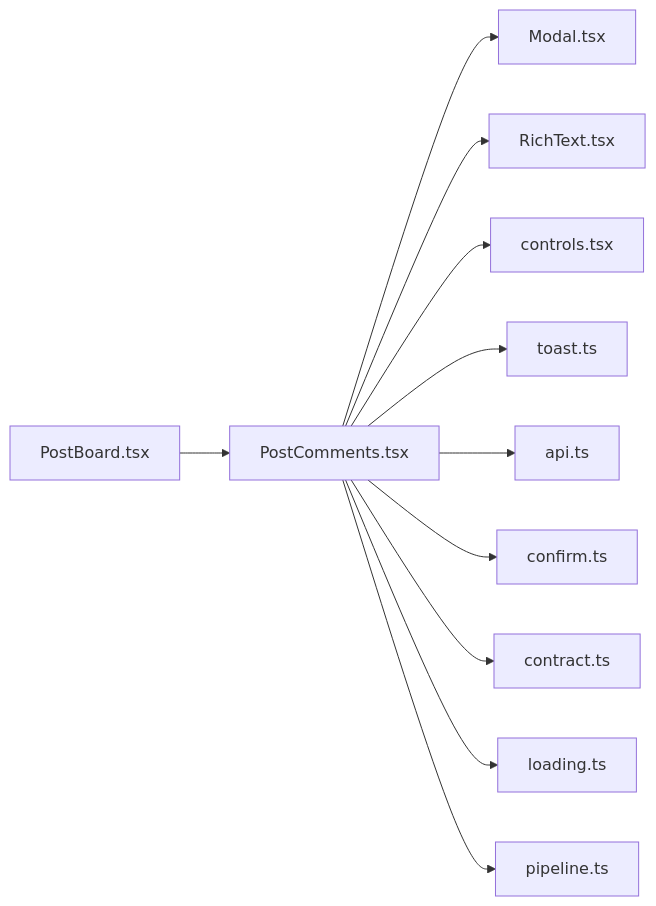
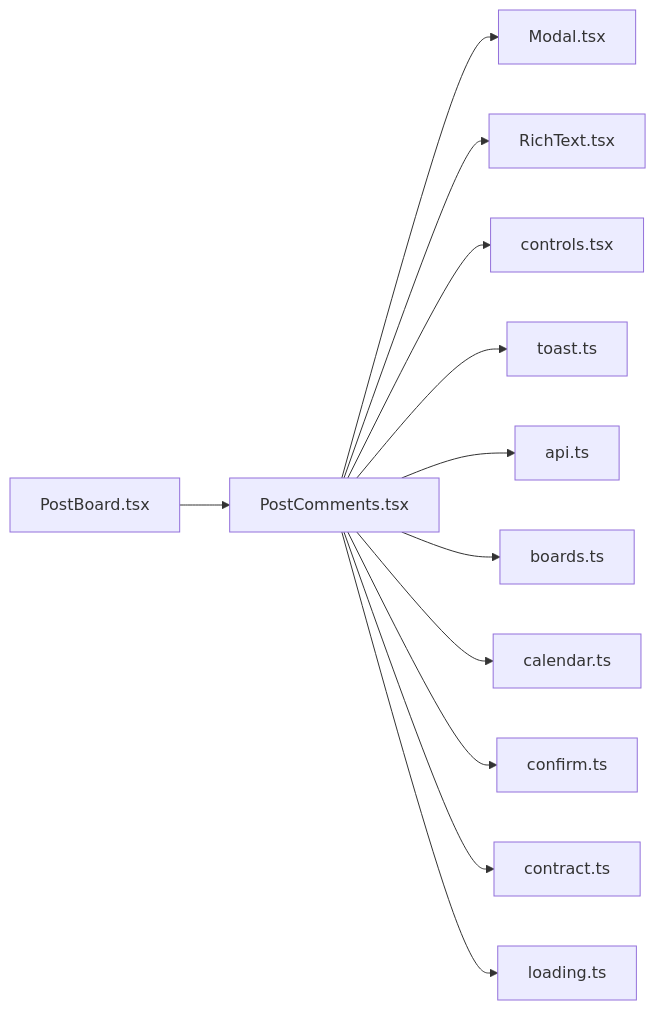
One commit to minkong-dev/Banblit changed the diagram in .cluedoc/graph/frontend/src/components/PostComments.md. Above: the diagram before and after it, drawn with Mermaid. The commit also changed other lines of this file and 56 other files, not shown here.

Commit message:
frontend: import pure lib functions from their own files instead of through pipeline

````diff
--- a/.cluedoc/graph/frontend/src/components/PostComments.md
+++ b/.cluedoc/graph/frontend/src/components/PostComments.md
@@ -10,14 +10,15 @@
 ```mermaid
 flowchart LR
   frontend_src_components_PostComments["PostComments.tsx"]
   frontend_src_components_PostComments --> frontend_src_components_Modal["Modal.tsx"]
   frontend_src_components_PostComments --> frontend_src_components_RichText["RichText.tsx"]
   frontend_src_components_PostComments --> frontend_src_components_controls["controls.tsx"]
   frontend_src_components_PostComments --> frontend_src_components_toast["toast.ts"]
   frontend_src_components_PostComments --> frontend_src_lib_api["api.ts"]
+  frontend_src_components_PostComments --> frontend_src_lib_boards["boards.ts"]
+  frontend_src_components_PostComments --> frontend_src_lib_calendar["calendar.ts"]
   frontend_src_components_PostComments --> frontend_src_lib_confirm["confirm.ts"]
   frontend_src_components_PostComments --> frontend_src_lib_contract["contract.ts"]
   frontend_src_components_PostComments --> frontend_src_lib_loading["loading.ts"]
-  frontend_src_components_PostComments --> frontend_src_lib_pipeline["pipeline.ts"]
   frontend_src_components_PostBoard["PostBoard.tsx"] --> frontend_src_components_PostComments
 ```
````
